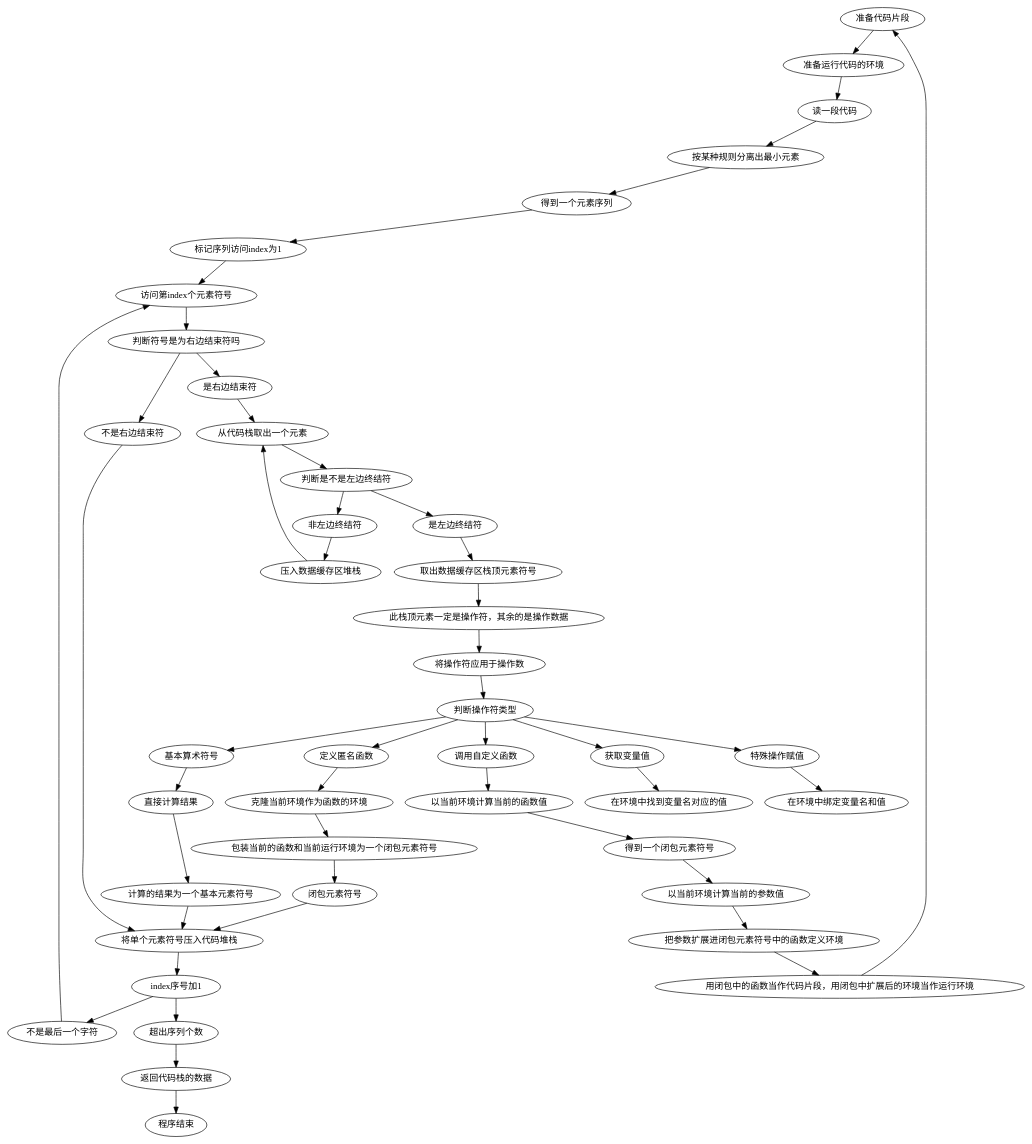
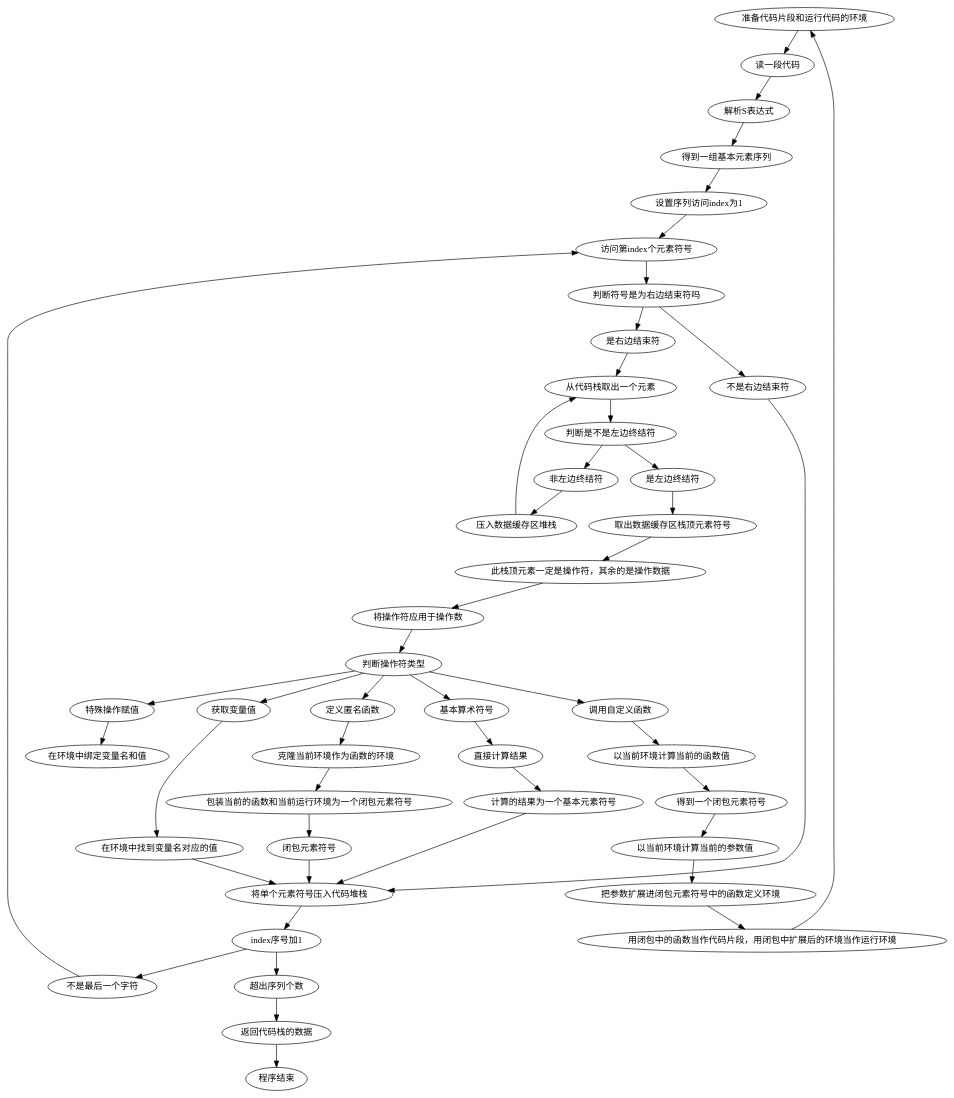
One commit to TLGK123/ReaktorEnginePre-Alpha changed the diagram in Book/过程/test.dot. Above: the diagram before and after it, drawn with Graphviz.

Commit message:
完善思路

```diff
--- a/Book/过程/test.dot
+++ b/Book/过程/test.dot
@@ -1,30 +1,30 @@
 digraph graphname {
 
-    准备代码片段 -> 准备运行代码的环境 ->读一段代码 -> 按某种规则分离出最小元素
-    按某种规则分离出最小元素 -> 得到一个元素序列 ->标记序列访问index为1 -> 访问第index个元素符号
+    准备代码片段和运行代码的环境 ->读一段代码 -> 解析S表达式
+    解析S表达式 -> 得到一组基本元素序列 ->设置序列访问index为1 -> 访问第index个元素符号
     访问第index个元素符号 -> 判断符号是为右边结束符吗
     判断符号是为右边结束符吗 -> 不是右边结束符
     判断符号是为右边结束符吗 -> 是右边结束符
     不是右边结束符 -> 将单个元素符号压入代码堆栈 -> index序号加1
     index序号加1 -> 超出序列个数
     index序号加1 -> 不是最后一个字符
     不是最后一个字符 -> 访问第index个元素符号
     是右边结束符-> 从代码栈取出一个元素
     从代码栈取出一个元素 -> 判断是不是左边终结符
     判断是不是左边终结符 -> 是左边终结符
     判断是不是左边终结符 -> 非左边终结符
     是左边终结符 -> 取出数据缓存区栈顶元素符号 ->此栈顶元素一定是操作符，其余的是操作数据
     此栈顶元素一定是操作符，其余的是操作数据 -> 将操作符应用于操作数
     非左边终结符 -> 压入数据缓存区堆栈
     计算的结果为一个基本元素符号 -> 将单个元素符号压入代码堆栈
     压入数据缓存区堆栈 -> 从代码栈取出一个元素
     超出序列个数 -> 返回代码栈的数据 -> 程序结束
     将操作符应用于操作数 -> 判断操作符类型 
     判断操作符类型 -> 基本算术符号 -> 直接计算结果 -> 计算的结果为一个基本元素符号
-    判断操作符类型 -> 获取变量值 -> 在环境中找到变量名对应的值
+    判断操作符类型 -> 获取变量值 -> 在环境中找到变量名对应的值 -> 将单个元素符号压入代码堆栈
     判断操作符类型 -> 特殊操作赋值 -> 在环境中绑定变量名和值
     判断操作符类型 -> 定义匿名函数 -> 克隆当前环境作为函数的环境-> 包装当前的函数和当前运行环境为一个闭包元素符号 -> 闭包元素符号-> 将单个元素符号压入代码堆栈
     判断操作符类型 -> 调用自定义函数 ->以当前环境计算当前的函数值->得到一个闭包元素符号 -> 以当前环境计算当前的参数值 
-    以当前环境计算当前的参数值 -> 把参数扩展进闭包元素符号中的函数定义环境 ->用闭包中的函数当作代码片段，用闭包中扩展后的环境当作运行环境->准备代码片段
+    以当前环境计算当前的参数值 -> 把参数扩展进闭包元素符号中的函数定义环境 ->用闭包中的函数当作代码片段，用闭包中扩展后的环境当作运行环境->准备代码片段和运行代码的环境
    
 }
```
